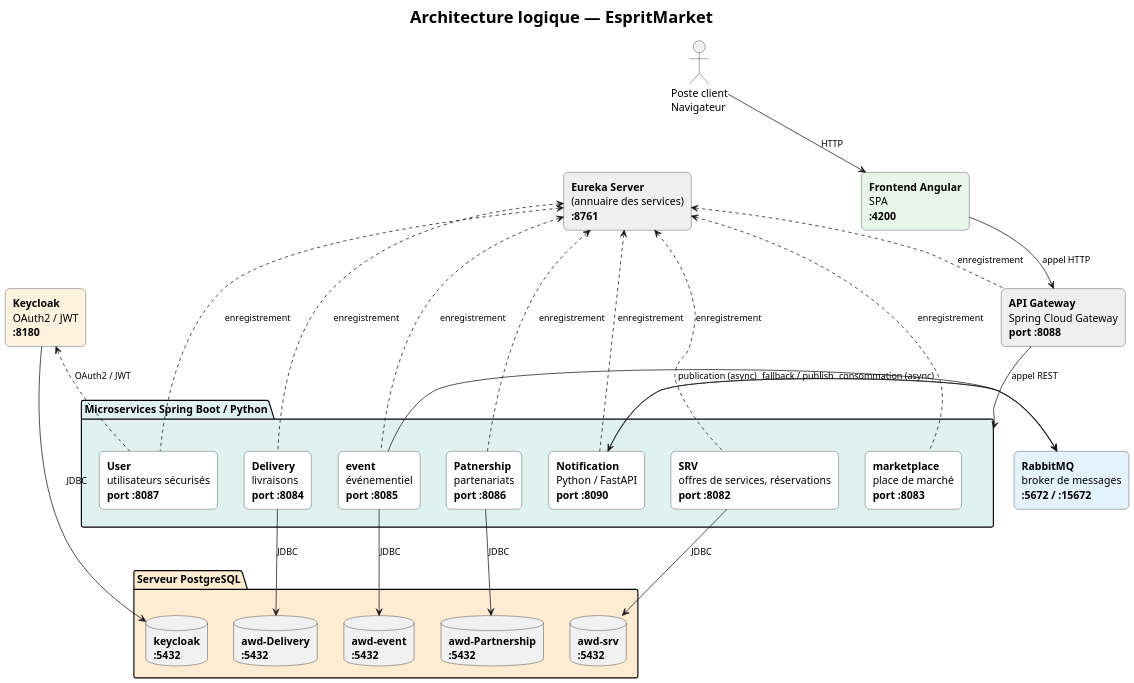
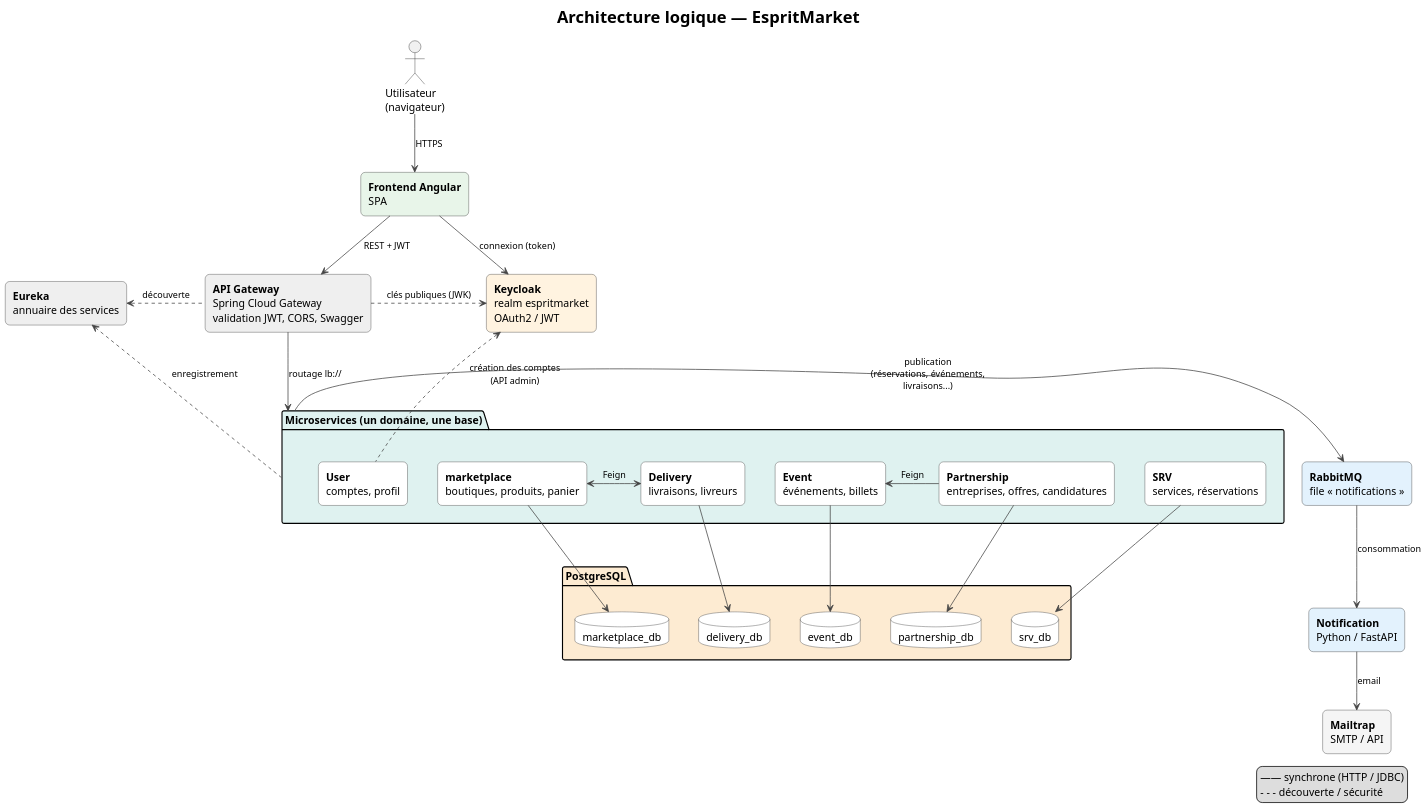
One commit to TheSphynxoid/AWD-EspritMarket changed the diagram in documentation/diag/architecture-logique.puml. Above: the diagram before and after it, drawn with PlantUML. The commit also changed 3 other files, not shown here.

Commit message:
docs: redraw architecture diagrams (current services, ports, databases, messaging, Docker deployment)

```diff
--- a/documentation/diag/architecture-logique.puml
+++ b/documentation/diag/architecture-logique.puml
@@ -1,86 +1,83 @@
 @startuml architecture-logique
 
 title <size:22>**Architecture logique — EspritMarket**</size>
 
 skinparam dpi 150
 skinparam shadowing false
 skinparam defaultFontName "Segoe UI"
 skinparam rectangleRoundCorner 12
 skinparam packageRectangleRoundCorner 18
 skinparam ArrowFontSize 12
+skinparam ArrowColor #444444
+skinparam nodesep 40
+skinparam ranksep 60
 
 skinparam rectangle {
   BackgroundColor #FFFFFF
   BorderColor #333333
 }
-
-actor "Poste client\nNavigateur" as Client
-
-rectangle "**Frontend Angular**\nSPA\n<b>:4200</b>" as FE #E8F5E9
-
-rectangle "**API Gateway**\nSpring Cloud Gateway\n<b>port :8088</b>" as GW #EFEFEF
-
-rectangle "**Eureka Server**\n(annuaire des services)\n<b>:8761</b>" as EU #EFEFEF
-
-rectangle "**Keycloak**\nOAuth2 / JWT\n<b>:8180</b>" as KC #FFF3E0
-
-package "Microservices Spring Boot / Python" as MS #DFF2F0 {
-  rectangle "**SRV**\noffres de services, réservations\n<b>port :8082</b>" as SRV
-  rectangle "**marketplace**\nplace de marché\n<b>port :8083</b>" as MKT
-  rectangle "**Delivery**\nlivraisons\n<b>port :8084</b>" as DEL
-  rectangle "**event**\névénementiel\n<b>port :8085</b>" as EVT
-  rectangle "**Patnership**\npartenariats\n<b>port :8086</b>" as PTN
-  rectangle "**User**\nutilisateurs sécurisés\n<b>port :8087</b>" as USR
-  rectangle "**Notification**\nPython / FastAPI\n<b>port :8090</b>" as NOT
-  SRV -[hidden]right-> MKT
-  MKT -[hidden]right-> DEL
-  DEL -[hidden]right-> EVT
-  EVT -[hidden]right-> PTN
-  PTN -[hidden]right-> USR
-  USR -[hidden]right-> NOT
+skinparam database {
+  BackgroundColor #FFFFFF
+  BorderColor #333333
 }
 
-package "Serveur PostgreSQL" as DBS #FDEBD2 {
-  database "**awd-Delivery**\n<b>:5432</b>" as AWDDB
-  database "**awd-event**\n<b>:5432</b>" as EVTDB
-  database "**awd-Partnership**\n<b>:5432</b>" as PTNDB
-  database "**awd-srv**\n<b>:5432</b>" as SRVDB
-  database "**keycloak**\n<b>:5432</b>" as KCDB
-  AWDDB -[hidden]right-> EVTDB
-  EVTDB -[hidden]right-> PTNDB
-  PTNDB -[hidden]right-> SRVDB
-  SRVDB -[hidden]right-> KCDB
+actor "Utilisateur\n(navigateur)" as Client
+
+rectangle "**Frontend Angular**\nSPA" as FE #E8F5E9
+rectangle "**Keycloak**\nrealm espritmarket\nOAuth2 / JWT" as KC #FFF3E0
+rectangle "**API Gateway**\nSpring Cloud Gateway\nvalidation JWT, CORS, Swagger" as GW #EFEFEF
+rectangle "**Eureka**\nannuaire des services" as EU #EFEFEF
+
+package "Microservices (un domaine, une base)" as MS #DFF2F0 {
+  rectangle "**SRV**\nservices, réservations" as SRV
+  rectangle "**marketplace**\nboutiques, produits, panier" as MKT
+  rectangle "**Delivery**\nlivraisons, livreurs" as DEL
+  rectangle "**Event**\névénements, billets" as EVT
+  rectangle "**Partnership**\nentreprises, offres, candidatures" as PTN
+  rectangle "**User**\ncomptes, profil" as USR
 }
 
-rectangle "**RabbitMQ**\nbroker de messages\n<b>:5672 / :15672</b>" as RMQ #E3F2FD
+rectangle "**RabbitMQ**\nfile « notifications »" as RMQ #E3F2FD
+rectangle "**Notification**\nPython / FastAPI" as NOT #E3F2FD
+rectangle "**Mailtrap**\nSMTP / API" as MAIL #F5F5F5
 
-Client -down-> FE : HTTP
-FE -down-> GW : appel HTTP
+package "PostgreSQL" as DBS #FDEBD2 {
+  database "srv_db" as SRVDB
+  database "marketplace_db" as MKTDB
+  database "delivery_db" as DELDB
+  database "event_db" as EVTDB
+  database "partnership_db" as PTNDB
+}
 
-Client -[hidden]right-> EU
+' --- accès utilisateur
+Client -down-> FE : HTTPS
+FE -right-> KC : connexion (token)
+FE -down-> GW : REST + JWT
+GW .right.> KC : clés publiques (JWK)
+GW -down-> MS : routage lb://
+GW .left.> EU : découverte
+MS .up.> EU : enregistrement
 
-GW -down-> MS : appel REST
-GW .up.> EU : enregistrement
+' --- appels synchrones (OpenFeign)
+MKT <-right-> DEL : Feign
+PTN -left-> EVT : Feign
+USR .up.> KC : création des comptes\n(API admin)
 
-SRV .up.> EU : enregistrement
-MKT .up.> EU : enregistrement
-DEL .up.> EU : enregistrement
-EVT .up.> EU : enregistrement
-PTN .up.> EU : enregistrement
-USR .up.> EU : enregistrement
-NOT .up.> EU : enregistrement
+' --- persistance
+SRV -down-> SRVDB
+MKT -down-> MKTDB
+DEL -down-> DELDB
+EVT -down-> EVTDB
+PTN -down-> PTNDB
 
-USR .up.> KC : OAuth2 / JWT
-KC -down-> KCDB : JDBC
+' --- asynchrone
+MS -right-> RMQ : publication\n(réservations, événements,\nlivraisons...)
+RMQ -down-> NOT : consommation
+NOT -down-> MAIL : email
 
-DEL -down-> AWDDB : JDBC
-EVT -down-> EVTDB : JDBC
-PTN -down-> PTNDB : JDBC
-SRV -down-> SRVDB : JDBC
-
-EVT -right-> RMQ : publication (async)
-RMQ -right-> NOT : consommation (async)
-
-NOT -down-> RMQ : fallback / publish
+legend right
+  —— synchrone (HTTP / JDBC)
+  - - - découverte / sécurité
+endlegend
 
 @enduml
```
